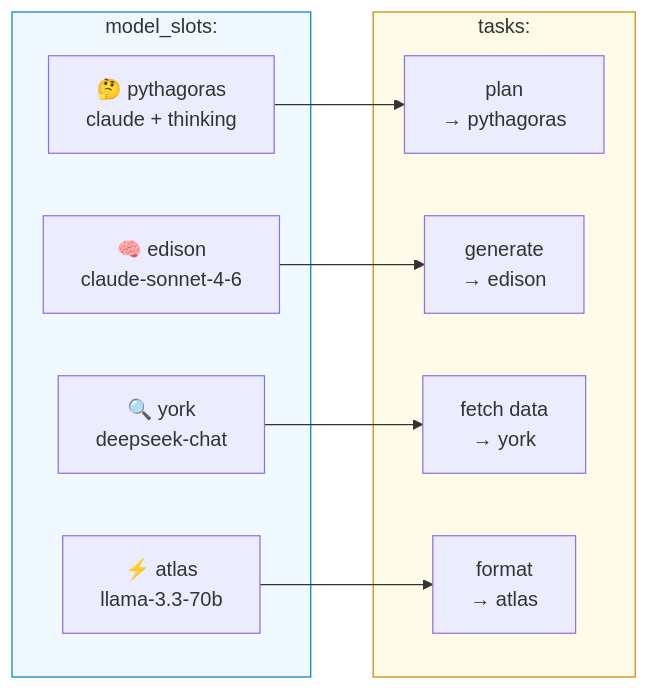
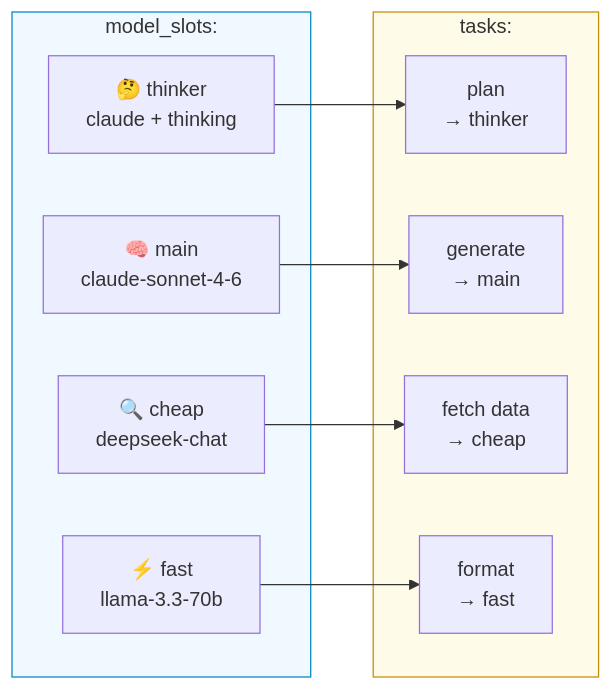
One commit to supernovae-st/nika changed the third of 8 diagrams in tools/nika/docs/brainstorm/nika-evolution/05-evolution-roadmap.md. Above: the diagram before and after it, drawn with Mermaid. The commit also changed other lines of this file and 35 other files, not shown here.

````diff
--- a/tools/nika/docs/brainstorm/nika-evolution/05-evolution-roadmap.md
+++ b/tools/nika/docs/brainstorm/nika-evolution/05-evolution-roadmap.md
@@ -94,24 +99,24 @@
 ```mermaid
 flowchart LR
     subgraph SLOTS["model_slots:"]
-        M["🧠 edison\nclaude-sonnet-4-6"]
-        T["⚡ atlas\nllama-3.3-70b"]
-        S["🔍 york\ndeepseek-chat"]
-        R["🤔 pythagoras\nclaude + thinking"]
+        M["🧠 main\nclaude-sonnet-4-6"]
+        T["⚡ fast\nllama-3.3-70b"]
+        S["🔍 cheap\ndeepseek-chat"]
+        R["🤔 thinker\nclaude + thinking"]
     end
 
     subgraph TASKS["tasks:"]
-        T1["plan\n→ pythagoras"]
-        T2["generate\n→ edison"]
-        T3["fetch data\n→ york"]
-        T4["format\n→ atlas"]
+        T1["plan\n→ thinker"]
+        T2["generate\n→ main"]
+        T3["fetch data\n→ cheap"]
+        T4["format\n→ fast"]
     end
 
     M --> T2
     T --> T4
     S --> T3
     R --> T1
 
     style SLOTS fill:#f0f9ff,stroke:#0284c7
     style TASKS fill:#fefce8,stroke:#ca8a04
 ```
````
